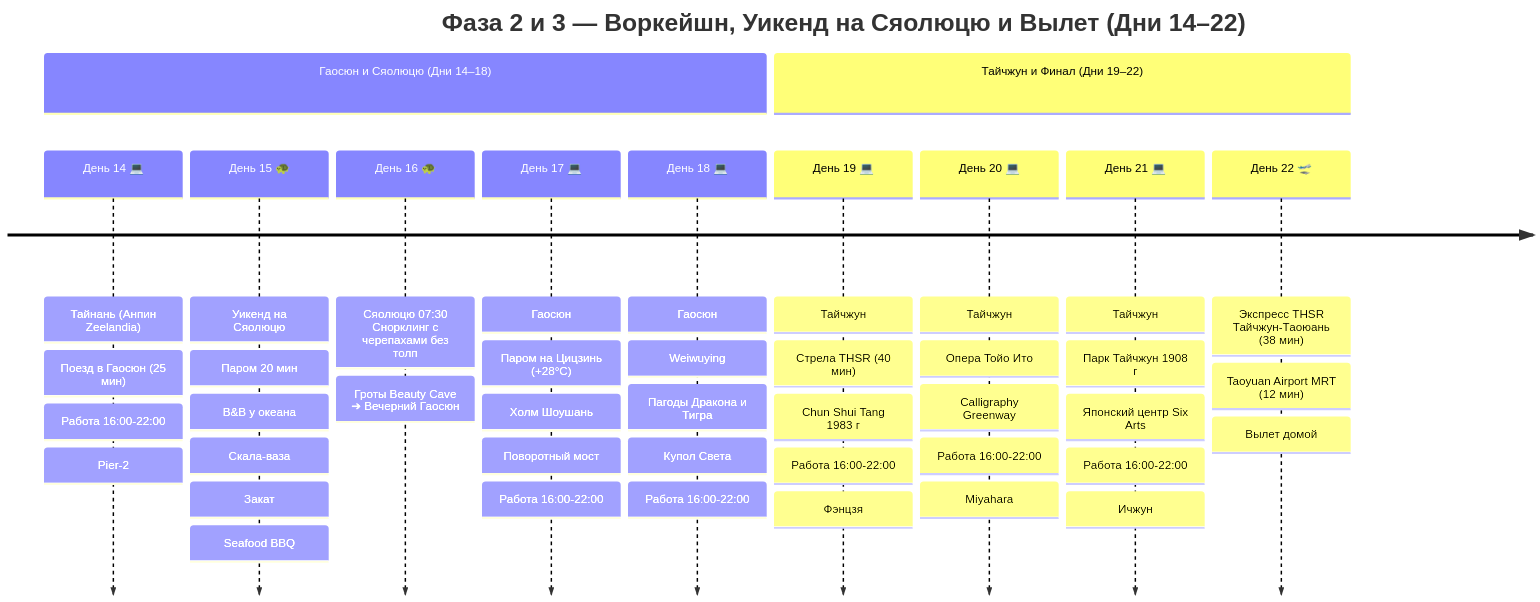
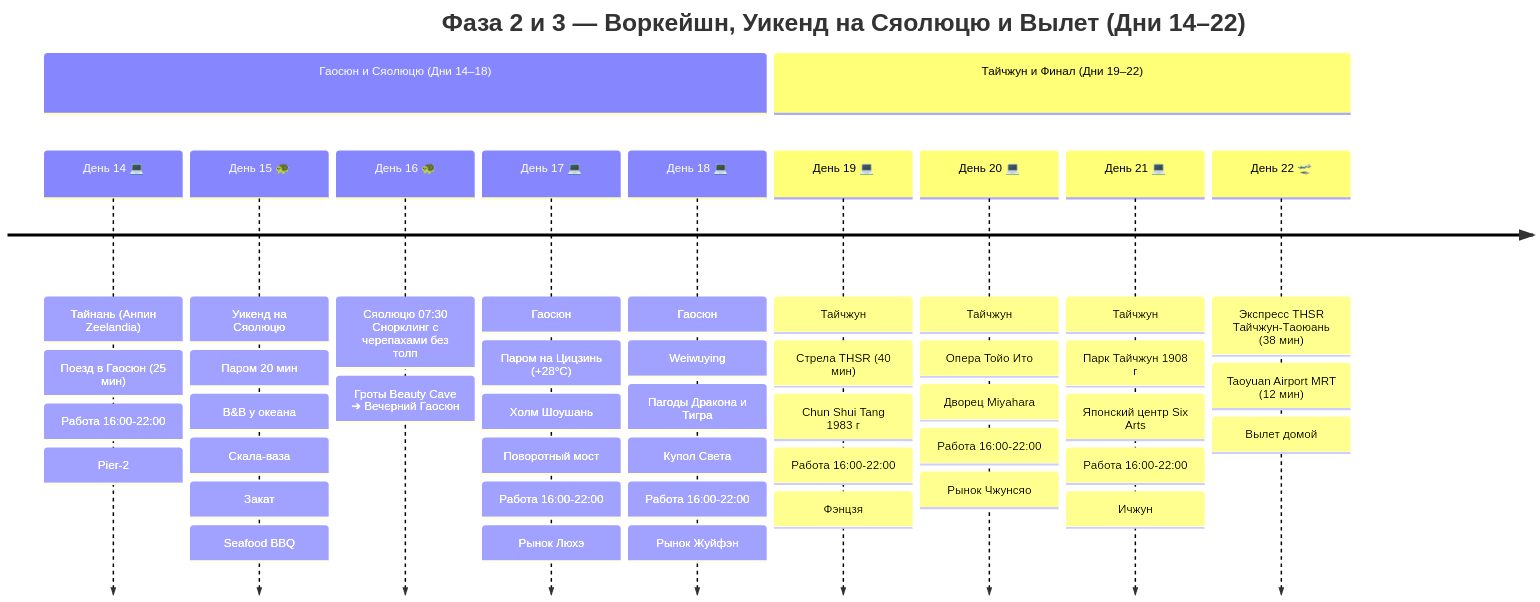
One commit to injurka/obsidian-mark changed the second of 2 diagrams in Personal Note/Travel/-- Taiwan/Taiwan.md. Above: the diagram before and after it, drawn with Mermaid. The commit also changed other lines of this file and 52 other files, not shown here.

````diff
--- a/Personal Note/Travel/-- Taiwan/Taiwan.md
+++ b/Personal Note/Travel/-- Taiwan/Taiwan.md
@@ -37,15 +37,15 @@
 ```mermaid
 timeline
     title Фаза 2 и 3 — Воркейшн, Уикенд на Сяолюцю и Вылет (Дни 14–22)
     section Гаосюн и Сяолюцю (Дни 14–18)
         День 14 💻 : Тайнань (Анпин Zeelandia) : Поезд в Гаосюн (25 мин) : Работа 16:00-22:00 : Pier-2
         День 15 🐢 : Уикенд на Сяолюцю : Паром 20 мин : B&B у океана : Скала-ваза : Закат : Seafood BBQ
         День 16 🐢 : Сяолюцю 07:30 Снорклинг с черепахами без толп : Гроты Beauty Cave ➔ Вечерний Гаосюн
-        День 17 💻 : Гаосюн : Паром на Цицзинь (+28°C) : Холм Шоушань : Поворотный мост : Работа 16:00-22:00
-        День 18 💻 : Гаосюн : Weiwuying : Пагоды Дракона и Тигра : Купол Света : Работа 16:00-22:00
+        День 17 💻 : Гаосюн : Паром на Цицзинь (+28°C) : Холм Шоушань : Поворотный мост : Работа 16:00-22:00 : Рынок Люхэ
+        День 18 💻 : Гаосюн : Weiwuying : Пагоды Дракона и Тигра : Купол Света : Работа 16:00-22:00 : Рынок Жуйфэн
     section Тайчжун и Финал (Дни 19–22)
         День 19 💻 : Тайчжун : Стрела THSR (40 мин) : Chun Shui Tang 1983 г : Работа 16:00-22:00 : Фэнцзя
-        День 20 💻 : Тайчжун : Опера Тойо Ито : Calligraphy Greenway : Работа 16:00-22:00 : Miyahara
+        День 20 💻 : Тайчжун : Опера Тойо Ито : Дворец Miyahara : Работа 16:00-22:00 : Рынок Чжунсяо
         День 21 💻 : Тайчжун : Парк Тайчжун 1908 г : Японский центр Six Arts : Работа 16:00-22:00 : Ичжун
         День 22 🛫 : Экспресс THSR Тайчжун-Таоюань (38 мин) : Taoyuan Airport MRT (12 мин) : Вылет домой
 ```
````
